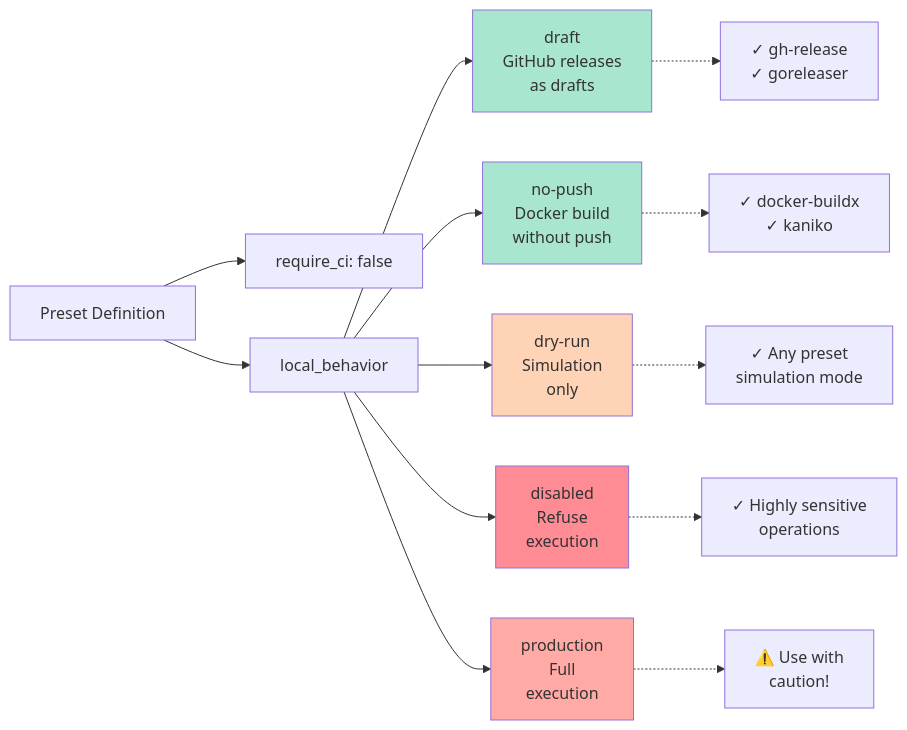
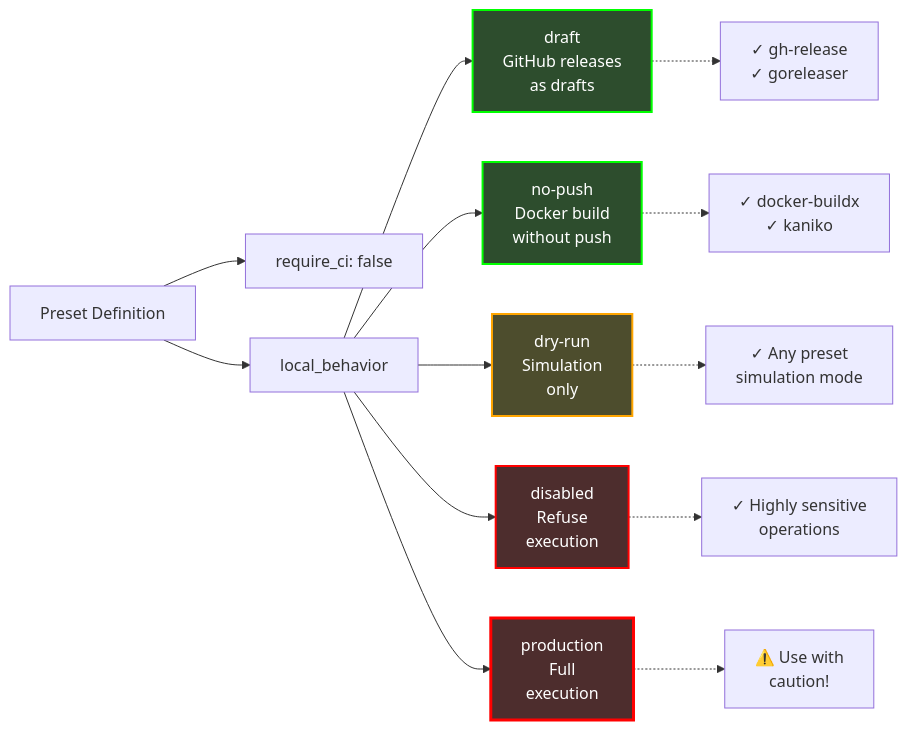
The fourth of 6 diagrams in docs/devops-integration.md (cidx-org/cidx), drawn with Mermaid before and after one commit. The commit also changed other lines of this file and 20 other files, not shown here.

````diff
--- a/docs/devops-integration.md
+++ b/docs/devops-integration.md
@@ -119,27 +186,27 @@
 ```mermaid
 flowchart LR
     PRESET[Preset Definition]
     RC[require_ci: false]
     LB[local_behavior]
 
     PRESET --> RC
     PRESET --> LB
 
-    LB --> DRAFT[draft\nGitHub releases\nas drafts]
-    LB --> NOPUSH[no-push\nDocker build\nwithout push]
-    LB --> DRYRUN[dry-run\nSimulation\nonly]
-    LB --> DISABLED[disabled\nRefuse\nexecution]
-    LB --> PROD[production\nFull\nexecution]
+    LB --> DRAFT["draft<br/>GitHub releases<br/>as drafts"]
+    LB --> NOPUSH["no-push<br/>Docker build<br/>without push"]
+    LB --> DRYRUN["dry-run<br/>Simulation<br/>only"]
+    LB --> DISABLED["disabled<br/>Refuse<br/>execution"]
+    LB --> PROD["production<br/>Full<br/>execution"]
 
-    DRAFT -.-> DRAFT_EX[✓ gh-release\n✓ goreleaser]
-    NOPUSH -.-> NOPUSH_EX[✓ docker-buildx\n✓ kaniko]
-    DRYRUN -.-> DRYRUN_EX[✓ Any preset\nsimulation mode]
-    DISABLED -.-> DISABLED_EX[✓ Highly sensitive\noperations]
-    PROD -.-> PROD_EX[⚠️ Use with\ncaution!]
+    DRAFT -.-> DRAFT_EX["✓ gh-release<br/>✓ goreleaser"]
+    NOPUSH -.-> NOPUSH_EX["✓ docker-buildx<br/>✓ kaniko"]
+    DRYRUN -.-> DRYRUN_EX["✓ Any preset<br/>simulation mode"]
+    DISABLED -.-> DISABLED_EX["✓ Highly sensitive<br/>operations"]
+    PROD -.-> PROD_EX["⚠️ Use with<br/>caution!"]
 
-    style DRAFT fill:#a8e6cf
-    style NOPUSH fill:#a8e6cf
-    style DRYRUN fill:#ffd3b6
-    style DISABLED fill:#ff8b94
-    style PROD fill:#ffaaa5
+    style DRAFT fill:#2d4d2d,stroke:#00ff00,stroke-width:2px,color:#fff
+    style NOPUSH fill:#2d4d2d,stroke:#00ff00,stroke-width:2px,color:#fff
+    style DRYRUN fill:#4d4d2d,stroke:#ffa500,stroke-width:2px,color:#fff
+    style DISABLED fill:#4d2d2d,stroke:#ff0000,stroke-width:2px,color:#fff
+    style PROD fill:#4d2d2d,stroke:#ff0000,stroke-width:3px,color:#fff
 ```
````
